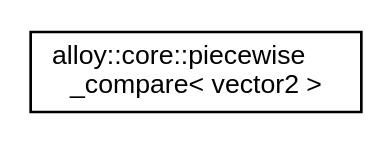
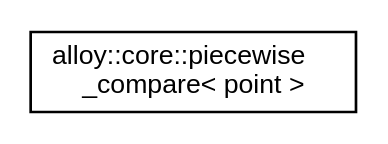
One commit to bitwizeshift/Alloy changed the diagram in api/latest/inherit_graph_27.dot. Above: the diagram before and after it, drawn with Graphviz. The commit also changed 391 other files, not shown here.

```diff
--- a/api/latest/inherit_graph_27.dot
+++ b/api/latest/inherit_graph_27.dot
@@ -1,7 +1,7 @@
 digraph "Graphical Class Hierarchy"
 {
   edge [fontname="Helvetica",fontsize="10",labelfontname="Helvetica",labelfontsize="10"];
   node [fontname="Helvetica",fontsize="10",shape=record];
   rankdir="LR";
-  Node1 [label="alloy::core::piecewise\l_compare\< vector2 \>",height=0.2,width=0.4,color="black", fillcolor="white", style="filled",URL="$d1/df7/structalloy_1_1core_1_1piecewise__compare_3_01vector2_01_4.html"];
+  Node1 [label="alloy::core::piecewise\l_compare\< point \>",height=0.2,width=0.4,color="black", fillcolor="white", style="filled",URL="$db/d2c/structalloy_1_1core_1_1piecewise__compare_3_01point_01_4.html"];
 }
```
